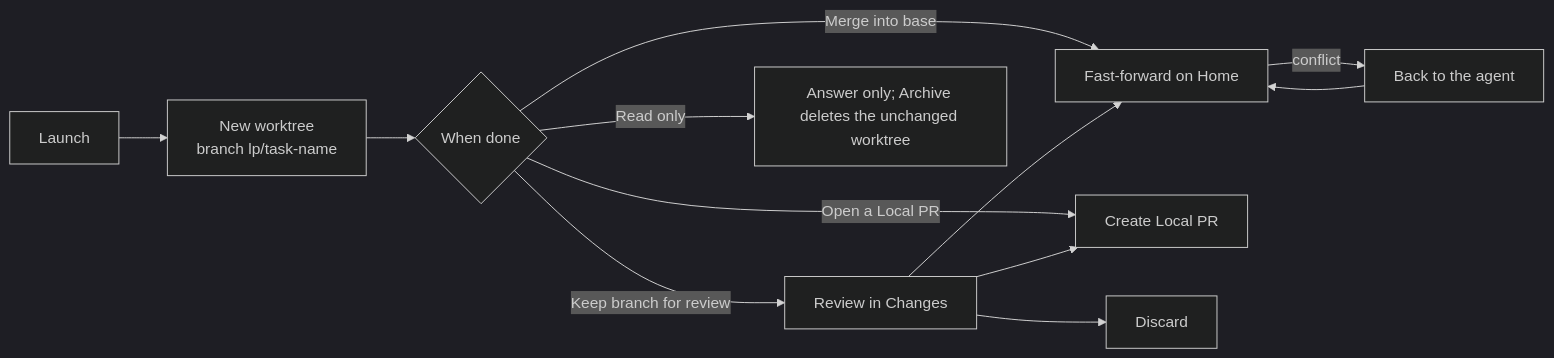
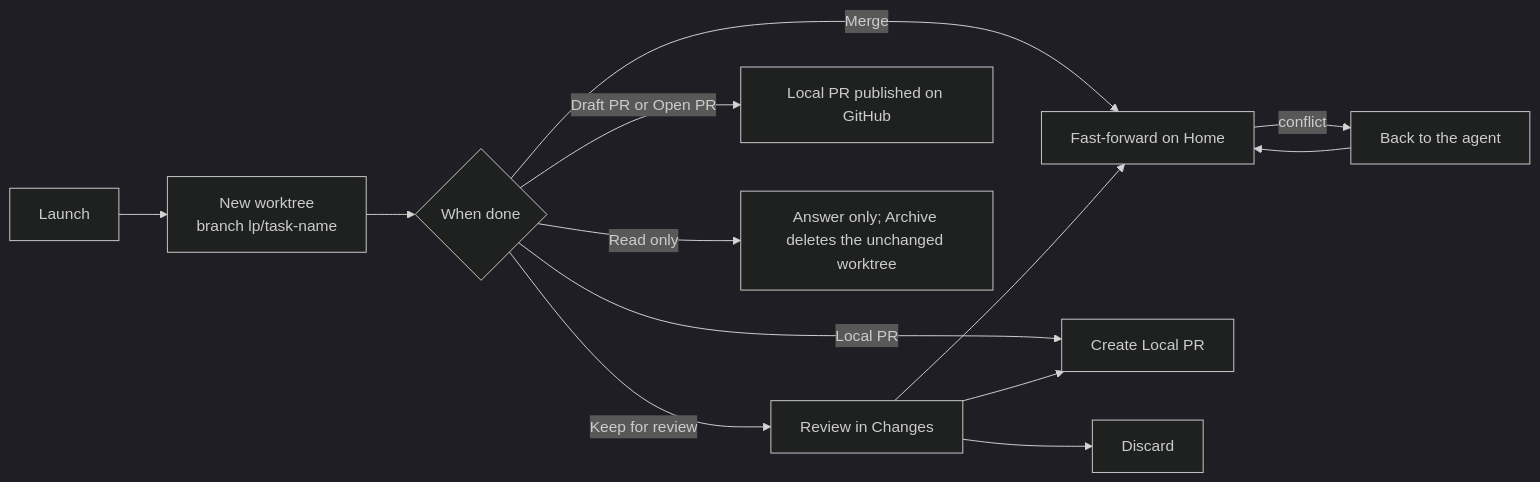
Before and after one commit to Wauplin/launchpad: the second of 2 diagrams in docs/agents.md, drawn with Mermaid (dark theme). The commit also changed other lines of this file and 28 other files, not shown here.

````diff
--- a/docs/agents.md
+++ b/docs/agents.md
@@ -161,14 +161,15 @@
 ```mermaid
 flowchart LR
     A[Launch] --> B["New worktree<br/>branch lp/task-name"]
     B --> C{When done}
-    C -->|Keep branch for review| D[Review in Changes]
-    C -->|Merge into base| E[Fast-forward on Home]
-    C -->|Open a Local PR| F
+    C -->|Keep for review| D[Review in Changes]
+    C -->|Merge| E[Fast-forward on Home]
+    C -->|Local PR| F
+    C -->|Draft PR or Open PR| P[Local PR published on GitHub]
     C -->|Read only| R[Answer only; Archive deletes the unchanged worktree]
     D --> E
     D --> F[Create Local PR]
     D --> G[Discard]
     E -->|conflict| H[Back to the agent]
     H --> E
 ```
````
